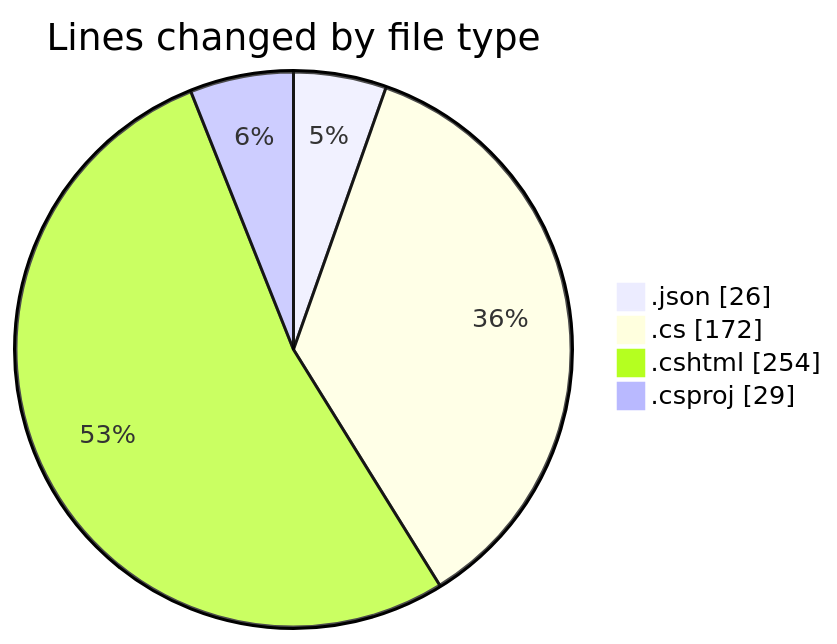
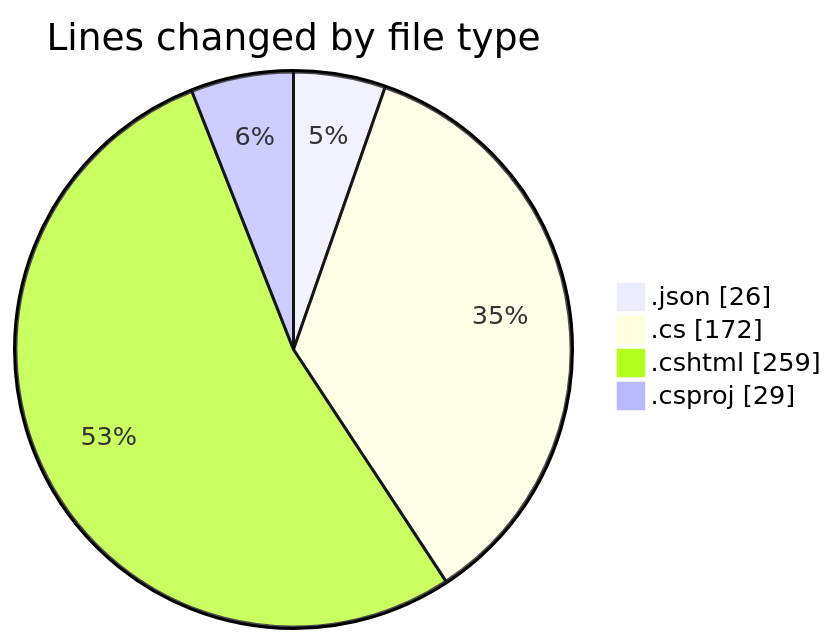
The first of 2 diagrams in 2025-07-19/nhahang/README.md (lephambinh05/code-tracking), drawn with Mermaid before and after one commit. The commit also changed other lines of this file and 1 other file, not shown here.

````diff
--- a/2025-07-19/nhahang/README.md
+++ b/2025-07-19/nhahang/README.md
@@ -30,8 +30,8 @@
 ```mermaid
 pie showData
 title Lines changed by file type
 ".json" : 26
 ".cs" : 172
-".cshtml" : 254
+".cshtml" : 259
 ".csproj" : 29
 ```
````
